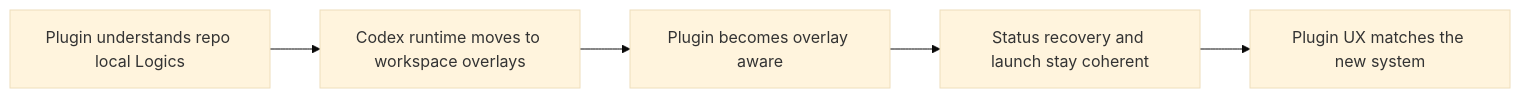
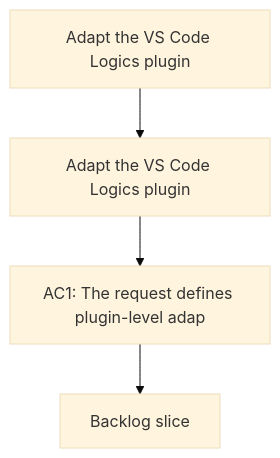
One commit to AlexAgo83/logics-manager changed the diagram in logics/request/req_076_adapt_the_vs_code_logics_plugin_to_codex_workspace_overlays.md. Above: the diagram before and after it, drawn with Mermaid (base theme). The commit also changed other lines of this file and 481 other files, not shown here.

````diff
--- a/logics/request/req_076_adapt_the_vs_code_logics_plugin_to_codex_workspace_overlays.md
+++ b/logics/request/req_076_adapt_the_vs_code_logics_plugin_to_codex_workspace_overlays.md
@@ -40,9 +40,8 @@
 ```mermaid
 %% logics-kind: request
 %% logics-signature: request|adapt-the-vs-code-logics-plugin-to-codex|adapt-the-vs-code-logics-plugin|ac1-the-request-defines-plugin-level-ada
-flowchart LR
-    Plugin[Plugin understands repo local Logics] --> Overlay[Codex runtime moves to workspace overlays]
-    Overlay --> Awareness[Plugin becomes overlay aware]
-    Awareness --> Diagnostics[Status recovery and launch stay coherent]
-    Diagnostics --> Outcome[Plugin UX matches the new system]
+flowchart TD
+    Trigger[Adapt the VS Code Logics plugin] --> Need[Adapt the VS Code Logics plugin]
+    Need --> Outcome[AC1: The request defines plugin-level adap]
+    Outcome --> Backlog[Backlog slice]
 ```
````
